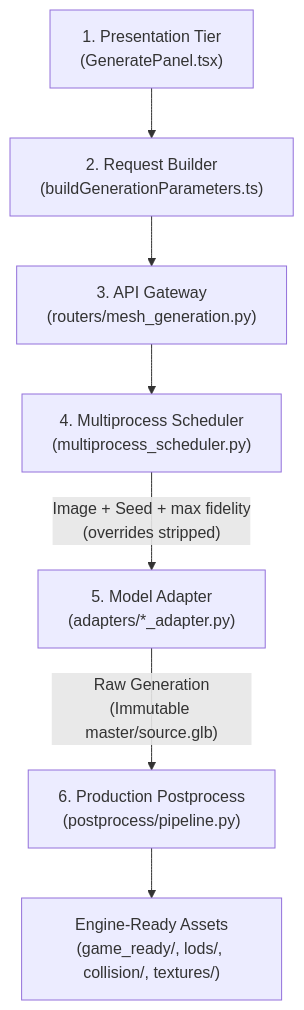
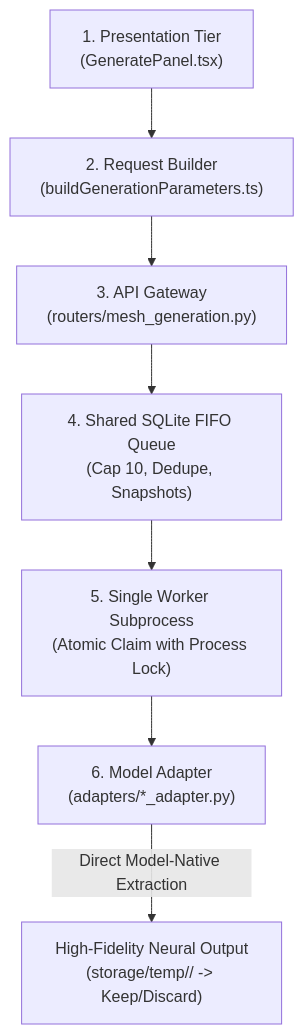
One commit to Silentzx2/ForMesh3D changed the first of 7 diagrams in Docs/ARCHITECTURE.md. Above: the diagram before and after it, drawn with Mermaid. The commit also changed other lines of this file and 41 other files, not shown here.

First line of the commit message:
feat(arch): implement simplified workspace, asset and generation architecture (Batches 1-6)

````diff
--- a/Docs/ARCHITECTURE.md
+++ b/Docs/ARCHITECTURE.md
@@ -84,9 +110,9 @@
 ```mermaid
 flowchart TD
     UI["1. Presentation Tier<br/>(GeneratePanel.tsx)"] --> RB["2. Request Builder<br/>(buildGenerationParameters.ts)"]
     RB --> API["3. API Gateway<br/>(routers/mesh_generation.py)"]
-    API --> SCH["4. Multiprocess Scheduler<br/>(multiprocess_scheduler.py)"]
-    SCH -->|"Image + Seed + max fidelity<br/>(overrides stripped)"| ADP["5. Model Adapter<br/>(adapters/*_adapter.py)"]
-    ADP -->|"Raw Generation<br/>(Immutable master/source.glb)"| PP["6. Production Postprocess<br/>(postprocess/pipeline.py)"]
-    PP --> OUT["Engine-Ready Assets<br/>(game_ready/, lods/, collision/, textures/)"]
+    API --> SCH["4. Shared SQLite FIFO Queue<br/>(Cap 10, Dedupe, Snapshots)"]
+    SCH --> WRK["5. Single Worker Subprocess<br/>(Atomic Claim with Process Lock)"]
+    WRK --> ADP["6. Model Adapter<br/>(adapters/*_adapter.py)"]
+    ADP -->|"Direct Model-Native Extraction"| OUT["High-Fidelity Neural Output<br/>(storage/temp/<op_id>/ -> Keep/Discard)"]
 ```
````
